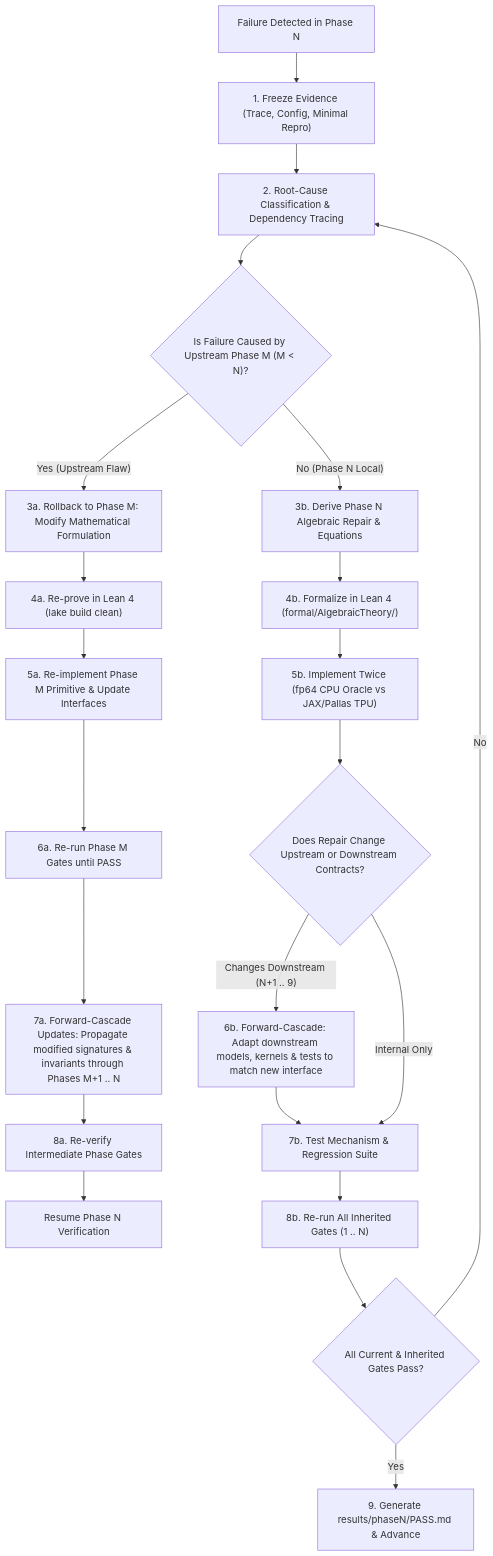
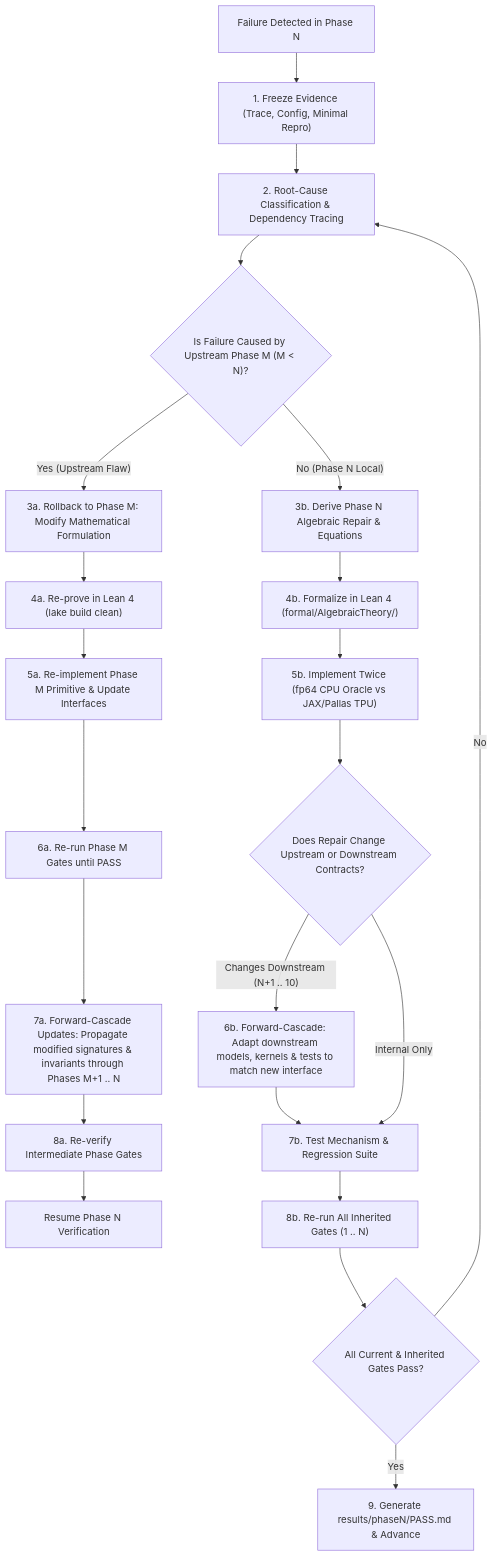
Before and after one commit to tasmaikeni13/algebraic-intelligence: the diagram in phases/README.md, drawn with Mermaid. The commit also changed other lines of this file and 5 other files, not shown here.

````diff
--- a/phases/README.md
+++ b/phases/README.md
@@ -80,29 +81,29 @@
 ```mermaid
 graph TD
     A["Failure Detected in Phase N"] --> B["1. Freeze Evidence (Trace, Config, Minimal Repro)"]
     B --> C["2. Root-Cause Classification & Dependency Tracing"]
     C --> D{"Is Failure Caused by Upstream Phase M (M < N)?"}
     
     D -- "Yes (Upstream Flaw)" --> E["3a. Rollback to Phase M: Modify Mathematical Formulation"]
     E --> F["4a. Re-prove in Lean 4 (lake build clean)"]
     F --> G["5a. Re-implement Phase M Primitive & Update Interfaces"]
     G --> H["6a. Re-run Phase M Gates until PASS"]
     H --> I["7a. Forward-Cascade Updates: Propagate modified signatures & invariants through Phases M+1 .. N"]
     I --> J["8a. Re-verify Intermediate Phase Gates"]
     J --> K["Resume Phase N Verification"]
 
     D -- "No (Phase N Local)" --> L["3b. Derive Phase N Algebraic Repair & Equations"]
     L --> M["4b. Formalize in Lean 4 (formal/AlgebraicTheory/)"]
     M --> N["5b. Implement Twice (fp64 CPU Oracle vs JAX/Pallas TPU)"]
     N --> O{"Does Repair Change Upstream or Downstream Contracts?"}
     
-    O -- "Changes Downstream (N+1 .. 9)" --> P["6b. Forward-Cascade: Adapt downstream models, kernels & tests to match new interface"]
+    O -- "Changes Downstream (N+1 .. 10)" --> P["6b. Forward-Cascade: Adapt downstream models, kernels & tests to match new interface"]
     P --> Q["7b. Test Mechanism & Regression Suite"]
     
     O -- "Internal Only" --> Q
     
     Q --> R["8b. Re-run All Inherited Gates (1 .. N)"]
     R --> S{"All Current & Inherited Gates Pass?"}
     S -- "No" --> C
     S -- "Yes" --> T["9. Generate results/phaseN/PASS.md & Advance"]
 ```
````
